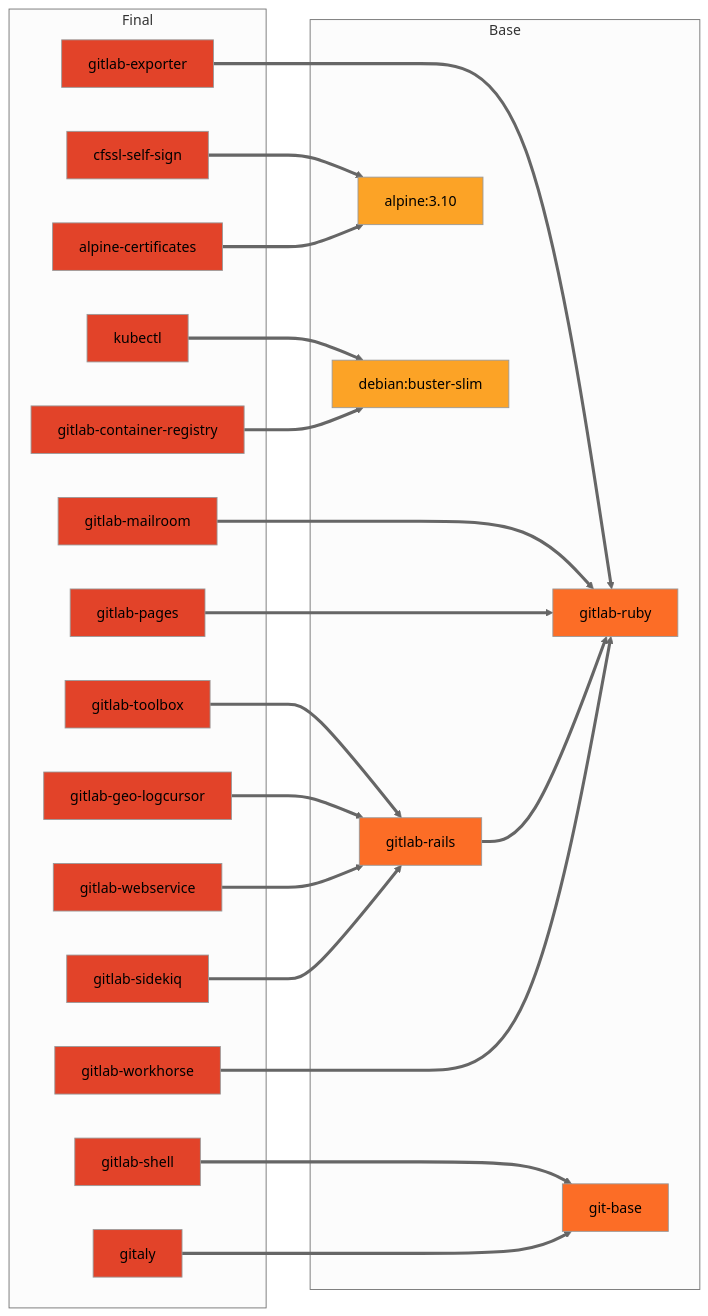
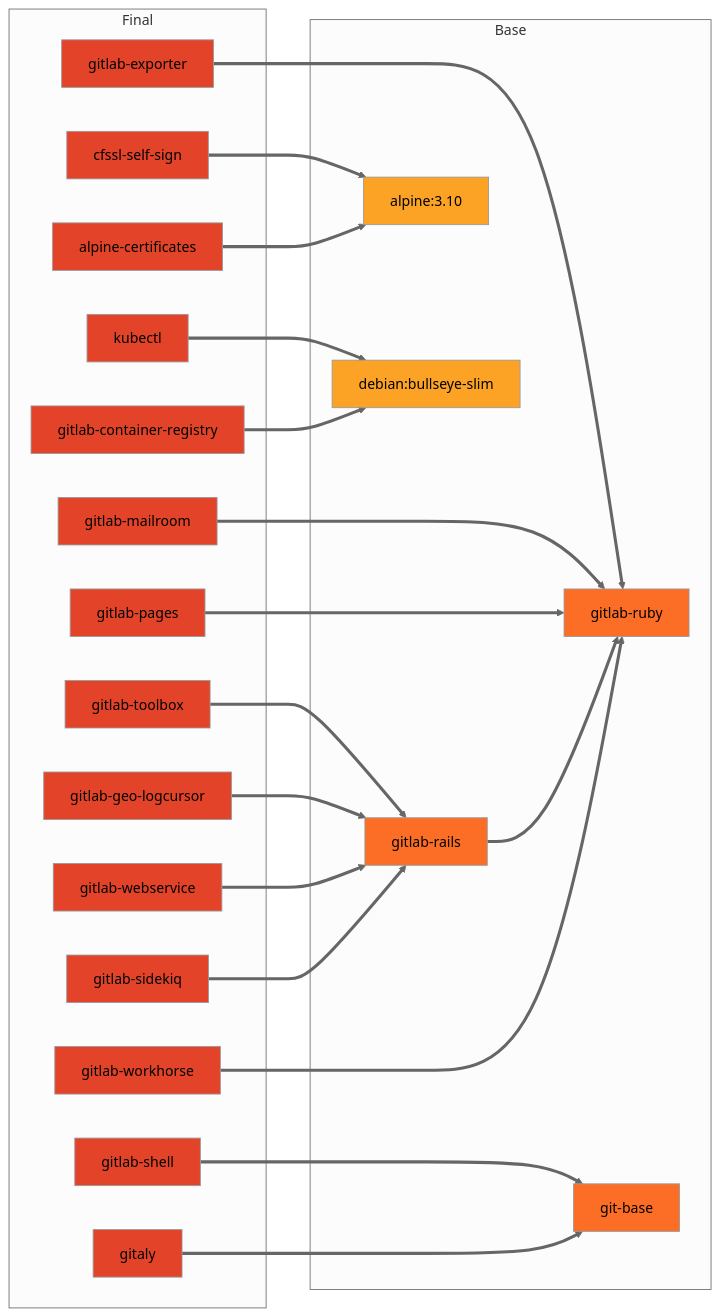
One commit to tachyons/gitlab-pages changed the first of 2 diagrams in docs/build.md. Above: the diagram before and after it, drawn with Mermaid (neutral theme). The commit also changed other lines of this file and 9 other files, not shown here.

First line of the commit message:
Update Debian base image to bullseye

````diff
--- a/docs/build.md
+++ b/docs/build.md
@@ -186,51 +186,51 @@
 ```mermaid
 graph LR;
   subgraph Final
     gitlab-toolbox:::final
     gitlab-webservice:::final
     gitlab-workhorse:::final
     gitlab-sidekiq:::final
     gitlab-geo-logcursor:::final
     gitlab-exporter:::final
     gitlab-mailroom:::final
     gitlab-shell:::final
     gitlab-pages:::final
     gitaly:::final
     kubectl:::final
     gitlab-container-registry:::final
     alpine-certificates:::final
     cfssl-self-sign:::final
   end
 
   subgraph Base
     gitlab-ruby
     gitlab-rails
     git-base
     alpine[alpine:3.10]:::external;
-    debian[debian:buster-slim]:::external;
+    debian[debian:bullseye-slim]:::external;
   end
 
   kubectl==>debian;
   cfssl-self-sign==>alpine;
   alpine-certificates==>alpine;
 
   gitlab-toolbox==>gitlab-rails;
   gitlab-geo-logcursor==>gitlab-rails;
   gitlab-webservice==>gitlab-rails;
   gitlab-sidekiq==>gitlab-rails;
 
   gitlab-exporter==>gitlab-ruby;
   gitlab-mailroom===>gitlab-ruby;
   gitlab-pages===>gitlab-ruby
   gitlab-rails==>gitlab-ruby;
   gitlab-workhorse===>gitlab-ruby
 
   gitlab-shell===>git-base;
 
   gitaly===>git-base;
   gitlab-container-registry==>debian
 
   classDef default fill:#fc6d26;
   classDef external fill:#fca326;
   classDef final fill:#e24329;
 ```
````
